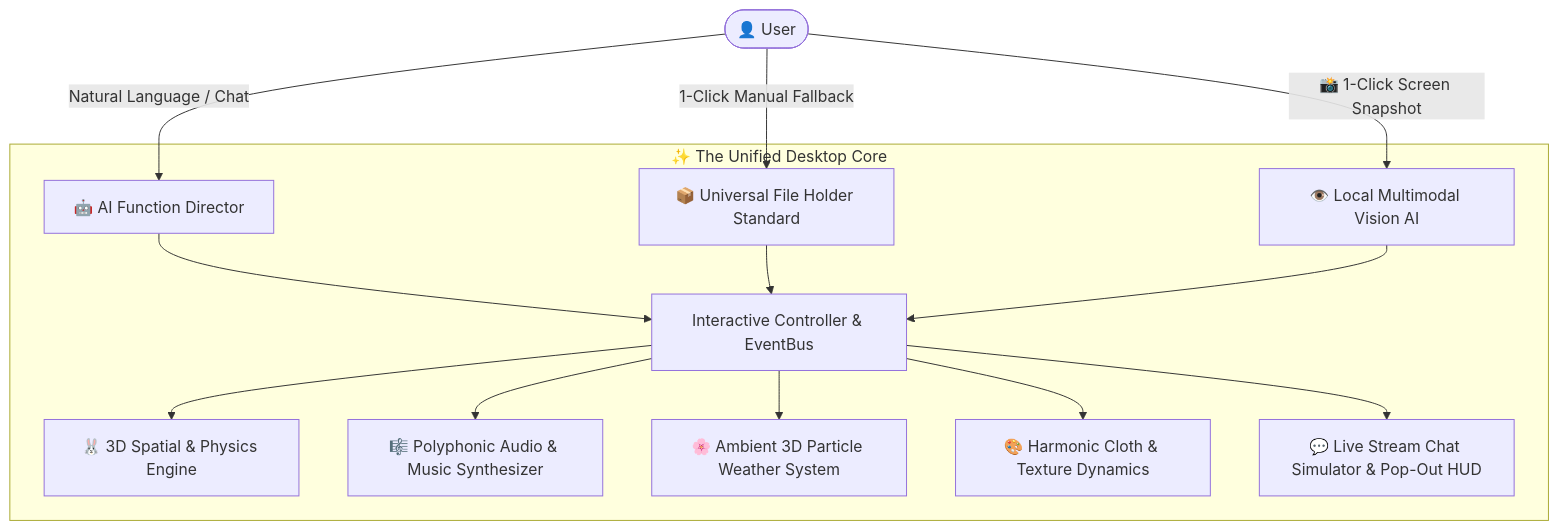
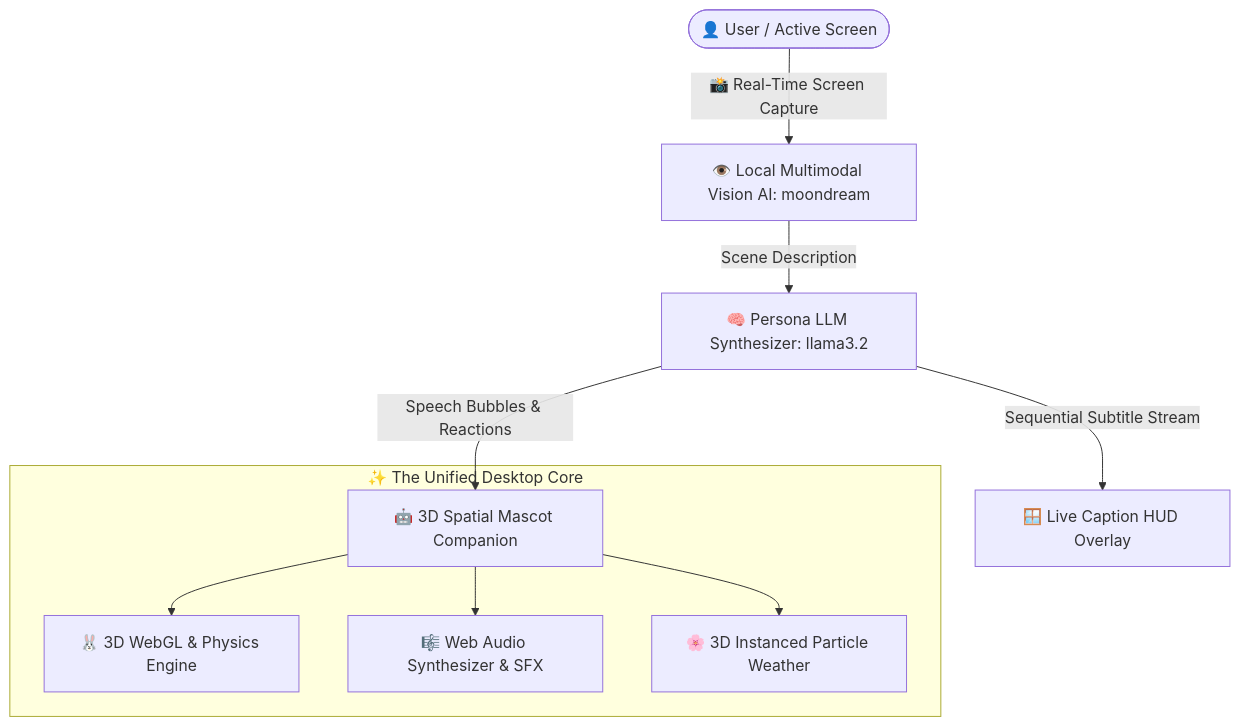
Before and after one commit to WeiberNoname/Daysome-Project-T1000-V1: the first of 2 diagrams in README.md, drawn with Mermaid. The commit also changed other lines of this file and 13 other files, not shown here.

````diff
--- a/README.md
+++ b/README.md
@@ -11,18 +11,13 @@
 ```mermaid
 graph TD
-    User([👤 User]) -->|Natural Language / Chat| AI[🤖 AI Function Director]
-    User -->|1-Click Manual Fallback| UI[📦 Universal File Holder Standard]
-    User -->|📸 1-Click Screen Snapshot| Vision[👁️ Local Multimodal Vision AI]
+    User([👤 User / Active Screen]) -->|📸 Real-Time Screen Capture| Vision[👁️ Local Multimodal Vision AI: moondream]
+    Vision -->|Scene Description| LLM[🧠 Persona LLM Synthesizer: llama3.2]
+    LLM -->|Sequential Subtitle Stream| HUD[🪟 Live Caption HUD Overlay]
+    LLM -->|Speech Bubbles & Reactions| Mascot[🤖 3D Spatial Mascot Companion]
     
-    subgraph Engine [✨ The Unified Desktop Core]
-        AI --> Core[Interactive Controller & EventBus]
-        UI --> Core
-        Vision --> Core
-        
-        Core --> P1[🐰 3D Spatial & Physics Engine]
-        Core --> P2[🎼 Polyphonic Audio & Music Synthesizer]
-        Core --> P3[🌸 Ambient 3D Particle Weather System]
-        Core --> P4[🎨 Harmonic Cloth & Texture Dynamics]
-        Core --> P5[💬 Live Stream Chat Simulator & Pop-Out HUD]
+    subgraph Core [✨ The Unified Desktop Core]
+        Mascot --> P1[🐰 3D WebGL & Physics Engine]
+        Mascot --> P2[🎼 Web Audio Synthesizer & SFX]
+        Mascot --> P3[🌸 3D Instanced Particle Weather]
     end
 ```
````
